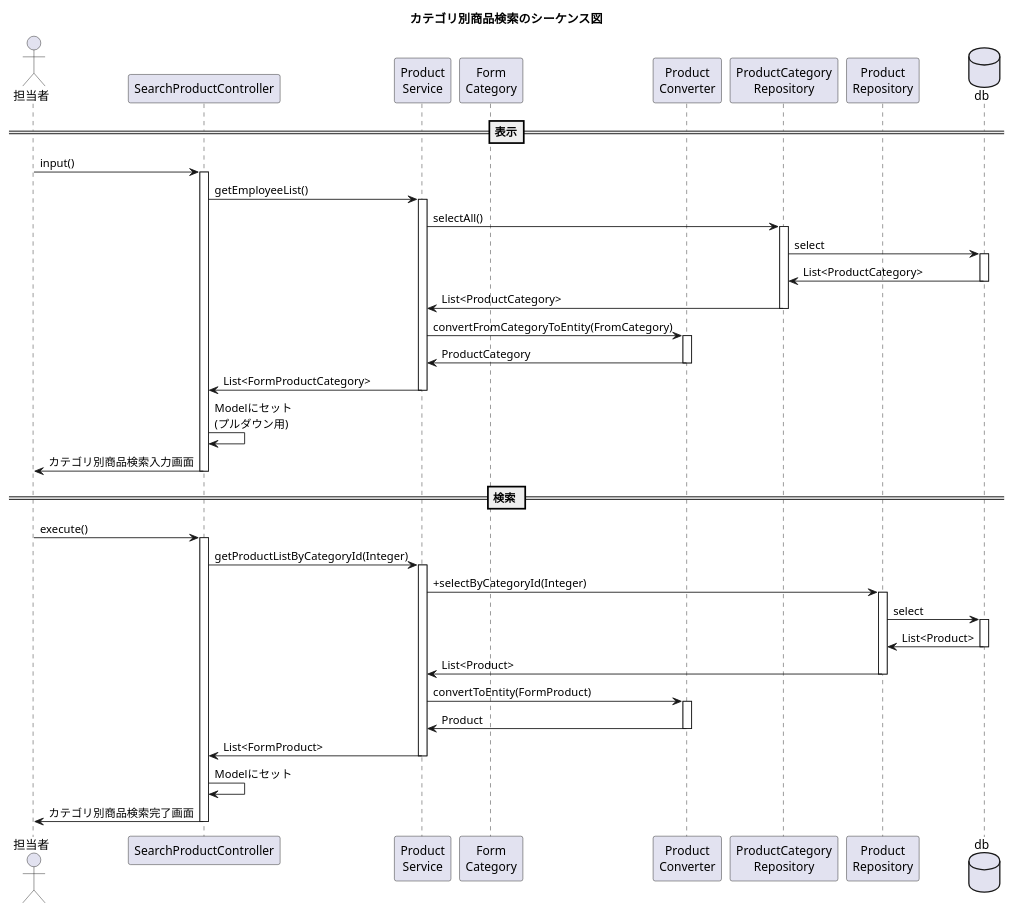
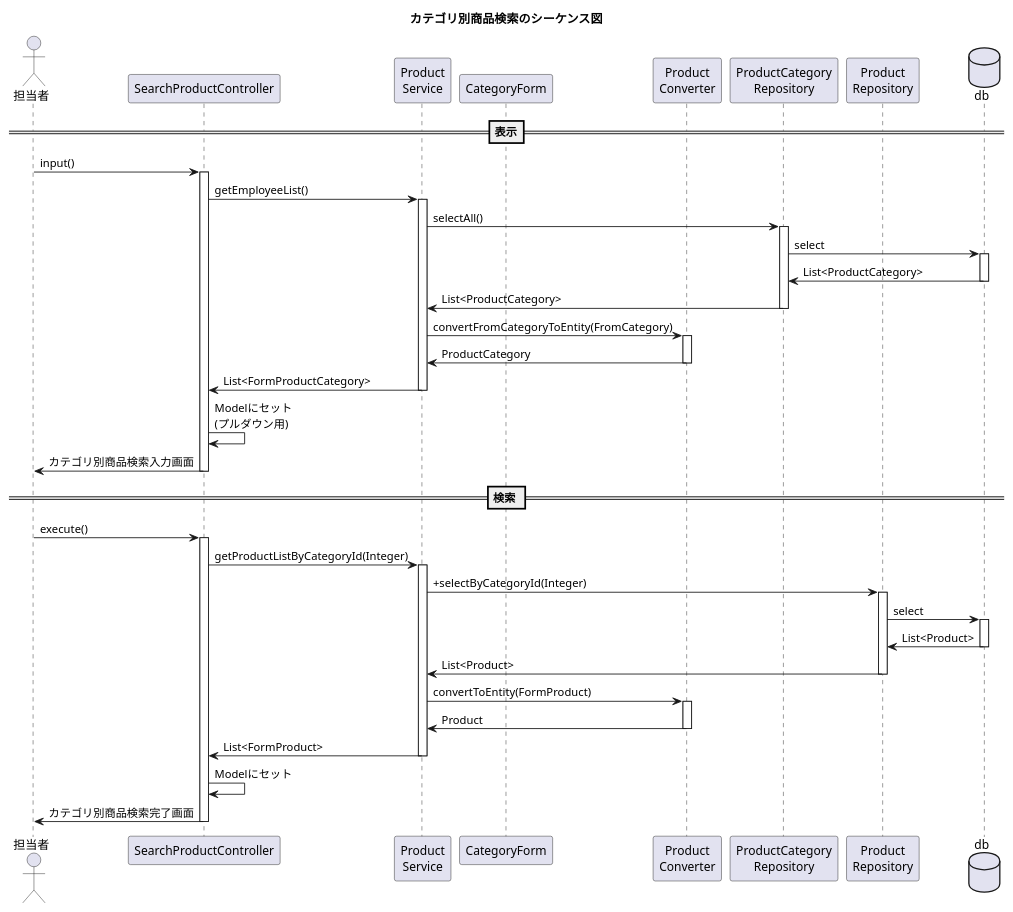
The diagram in plan/uml/sequence/uc011.plantuml (kanavii3333/ec-b), drawn with PlantUML before and after one commit. The commit also changed 4 other files, not shown here.

Commit message:
シーケンス図のFormのクラス名を変更

```diff
--- a/plan/uml/sequence/uc011.plantuml
+++ b/plan/uml/sequence/uc011.plantuml
@@ -1,39 +1,39 @@
 @startuml
 
 title カテゴリ別商品検索のシーケンス図
 actor "担当者" as user
 participant "SearchProductController" as controller
 participant "Product\nService" as service
-participant "Form\nCategory" as form
+participant "CategoryForm" as form
 participant "Product\nConverter" as helper
 participant "ProductCategory\nRepository" as repository1
 participant "Product\nRepository" as repository2
 database "db" as db
 ==表示==
 user -> controller++:input()
 controller -> service++:getEmployeeList()
 service -> repository1++:selectAll()
 repository1 -> db++:select
 db -> repository1--:List<ProductCategory>
 repository1 -> service--:List<ProductCategory>
 service -> helper++:convertFromCategoryToEntity(FromCategory)
 service <- helper--:ProductCategory
 service -> controller--:List<FormProductCategory>
 controller -> controller:Modelにセット\n(プルダウン用)
 controller -> user--:カテゴリ別商品検索入力画面
 
 == 検索 ==
 user -> controller++:execute()
 controller -> service++:getProductListByCategoryId(Integer)
 service -> repository2++:+selectByCategoryId(Integer)
 repository2 -> db++:select
 db -> repository2--:List<Product>
 repository2 -> service--:List<Product>
 service -> helper++:convertToEntity(FormProduct)
 service <- helper--:Product
 service -> controller--:List<FormProduct>
 controller -> controller:Modelにセット
 controller -> user--:カテゴリ別商品検索完了画面
 
 
 @enduml
```
